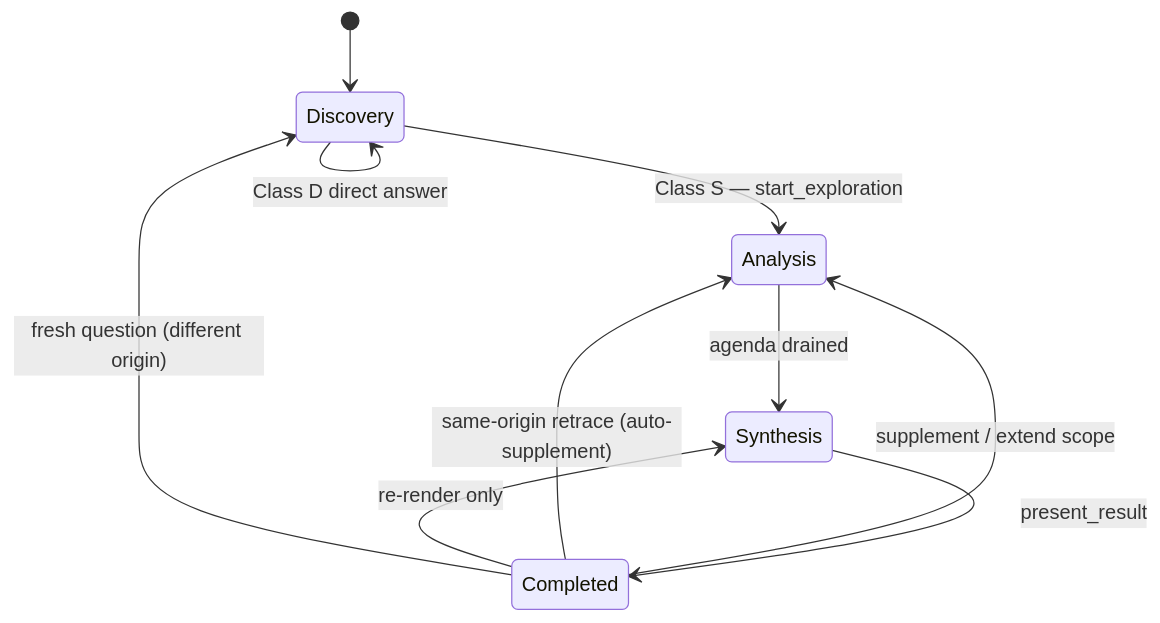
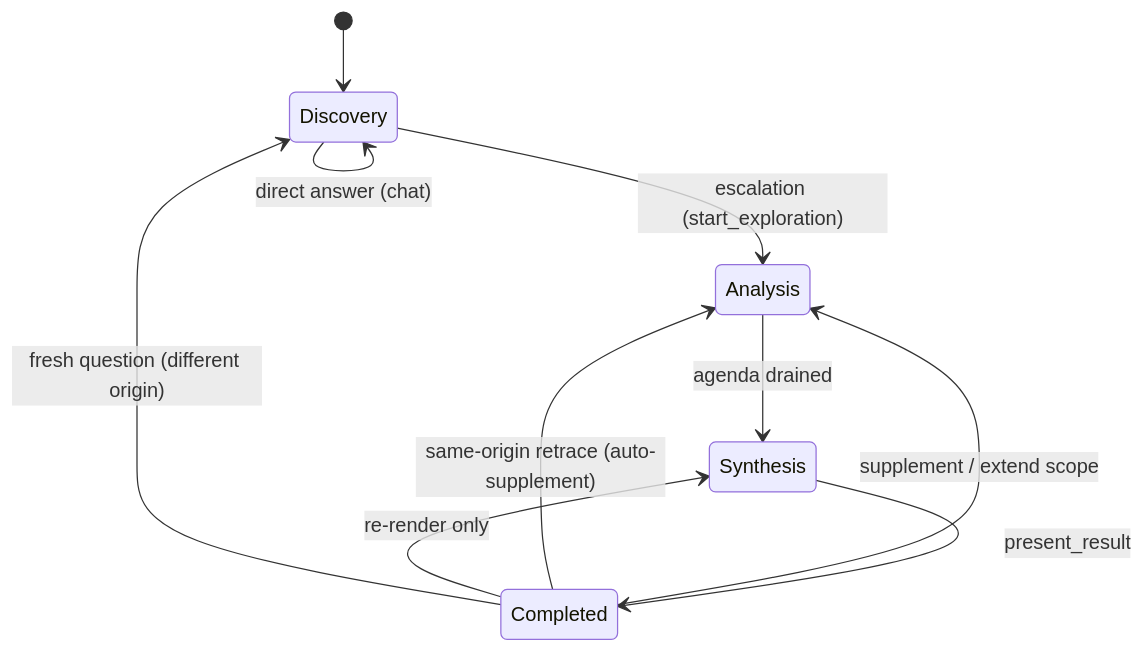
One commit to ChrisDevRepo/vscode_data_lineage changed the sixth of 7 diagrams in docs/ARCHITECTURE.md. Above: the diagram before and after it, drawn with Mermaid. The commit also changed other lines of this file and 8 other files, not shown here.

````diff
--- a/docs/ARCHITECTURE.md
+++ b/docs/ARCHITECTURE.md
@@ -308,12 +308,12 @@
 ```mermaid
 stateDiagram-v2
     [*] --> Discovery
-    Discovery --> Discovery: Class D direct answer
-    Discovery --> Analysis: Class S — start_exploration
+    Discovery --> Discovery: direct answer (chat)
+    Discovery --> Analysis: escalation (start_exploration)
     Analysis --> Synthesis: agenda drained
     Synthesis --> Completed: present_result
     Completed --> Analysis: supplement / extend scope
     Completed --> Analysis: same-origin retrace (auto-supplement)
     Completed --> Synthesis: re-render only
     Completed --> Discovery: fresh question (different origin)
 ```
````
